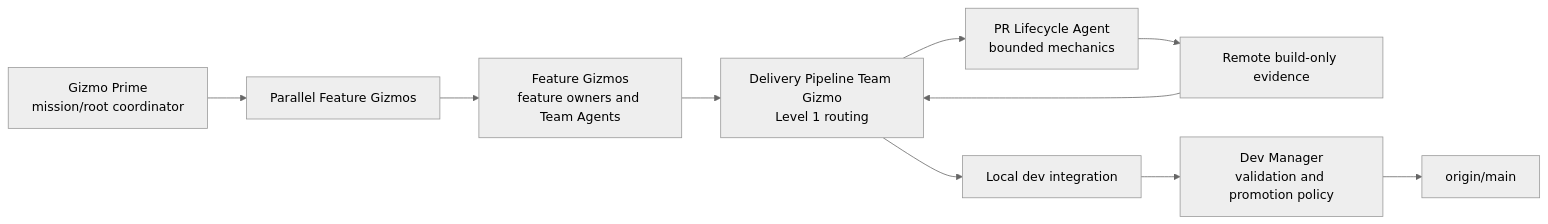
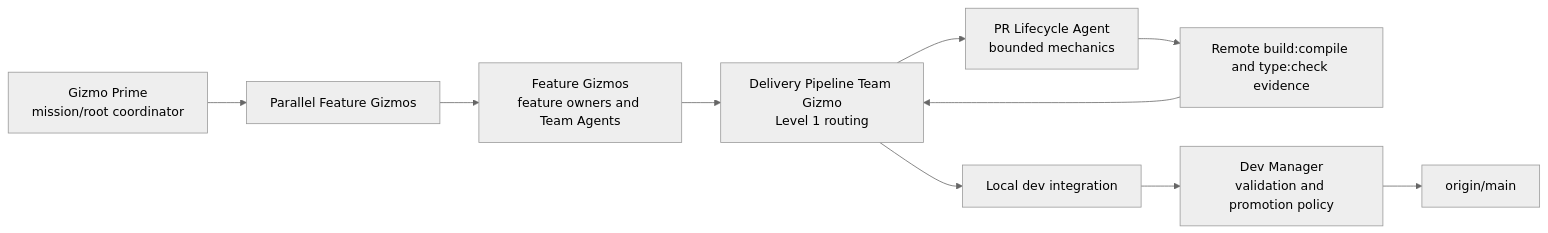
One commit to meta-secret/nook changed the third of 13 diagrams in .cortex/gizmo-prime/architecture/multiagent-delivery-diagrams.md. Above: the diagram before and after it, drawn with Mermaid (neutral theme). The commit also changed other lines of this file and 3 other files, not shown here.

Commit message:
docs: define remote type-check evidence contract

````diff
--- a/.cortex/gizmo-prime/architecture/multiagent-delivery-diagrams.md
+++ b/.cortex/gizmo-prime/architecture/multiagent-delivery-diagrams.md
@@ -179,16 +181,16 @@
 ```mermaid
 flowchart LR
     Prime["Gizmo Prime<br/>mission/root coordinator"]
     Feature["Feature Gizmos<br/>feature owners and Team Agents"]
     Pipeline["Delivery Pipeline Team Gizmo<br/>Level 1 routing"]
     Steward["PR Lifecycle Agent<br/>bounded mechanics"]
-    Checks["Remote build-only evidence"]
+    Checks["Remote build:compile and type:check evidence"]
     Parallel["Parallel Feature Gizmos"]
     Dev["Local dev integration"]
     Validation["Dev Manager<br/>validation and promotion policy"]
     Main["origin/main"]
 
     Prime --> Parallel
     Parallel --> Feature --> Pipeline --> Steward --> Checks
     Checks --> Pipeline --> Dev --> Validation --> Main
 ```
````
